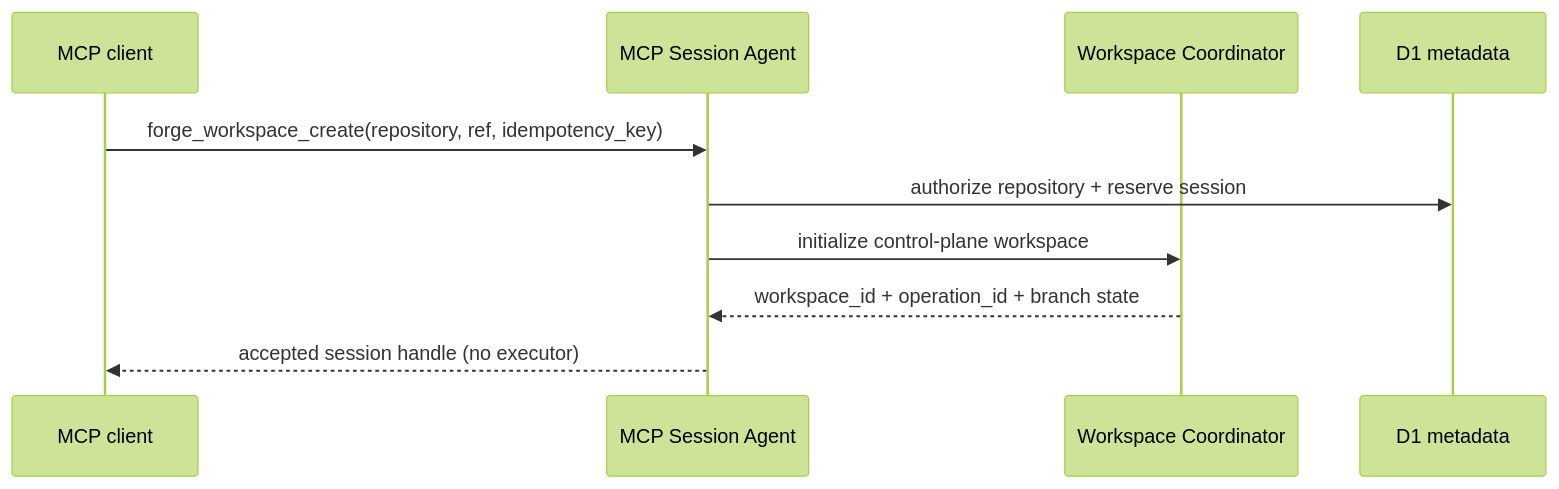
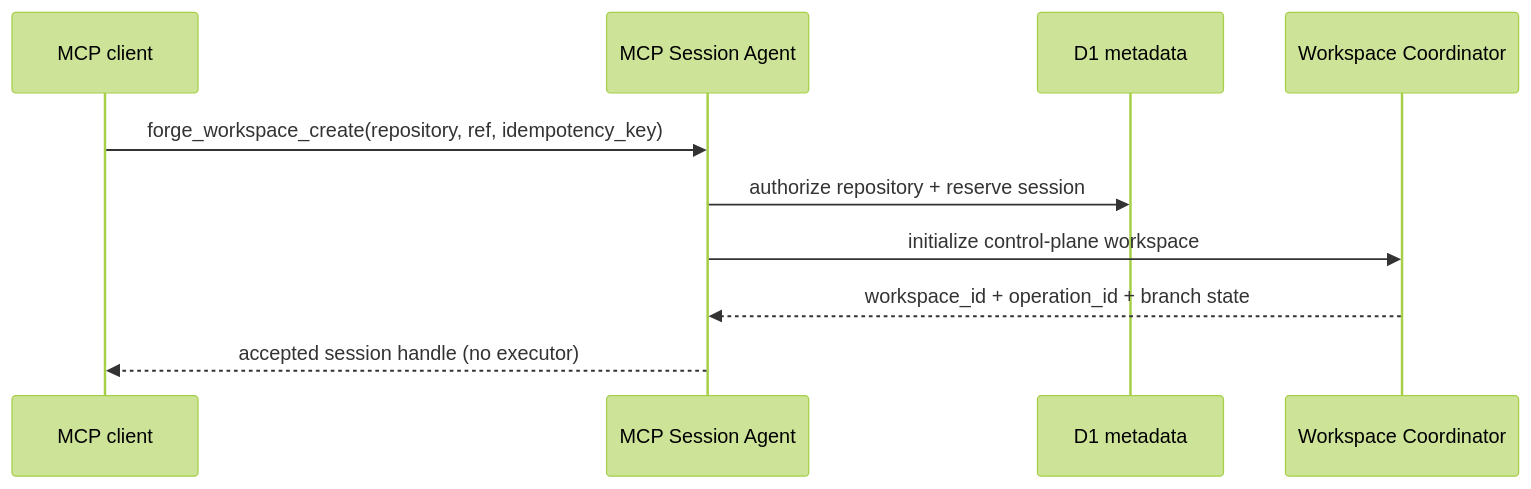
One commit to timc0y/forge-mcp changed the first of 4 diagrams in docs/architecture/sequences.md. Above: the diagram before and after it, drawn with Mermaid (forest theme). The commit also changed other lines of this file and 92 other files, not shown here.

````diff
--- a/docs/architecture/sequences.md
+++ b/docs/architecture/sequences.md
@@ -5,13 +4,8 @@
 ```mermaid
 sequenceDiagram
-  participant C as MCP client
-  participant M as MCP Session Agent
-  participant D as Workspace Coordinator
-  participant DB as D1 metadata
-
-  C->>M: forge_workspace_create(repository, ref, idempotency_key)
-  M->>DB: authorize repository + reserve session
-  M->>D: initialize control-plane workspace
-  D-->>M: workspace_id + operation_id + branch state
-  M-->>C: accepted session handle (no executor)
+  MCP client->>MCP Session Agent: forge_workspace_create(repository, ref, idempotency_key)
+  MCP Session Agent->>D1 metadata: authorize repository + reserve session
+  MCP Session Agent->>Workspace Coordinator: initialize control-plane workspace
+  Workspace Coordinator-->>MCP Session Agent: workspace_id + operation_id + branch state
+  MCP Session Agent-->>MCP client: accepted session handle (no executor)
 ```
````
